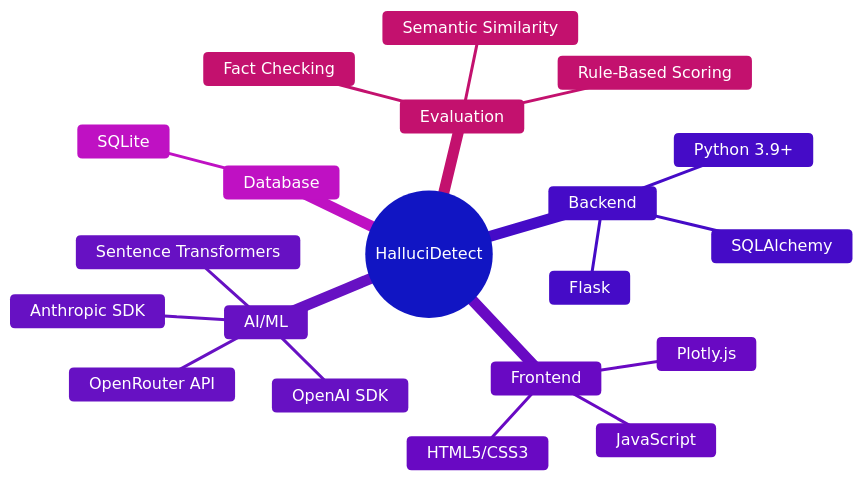
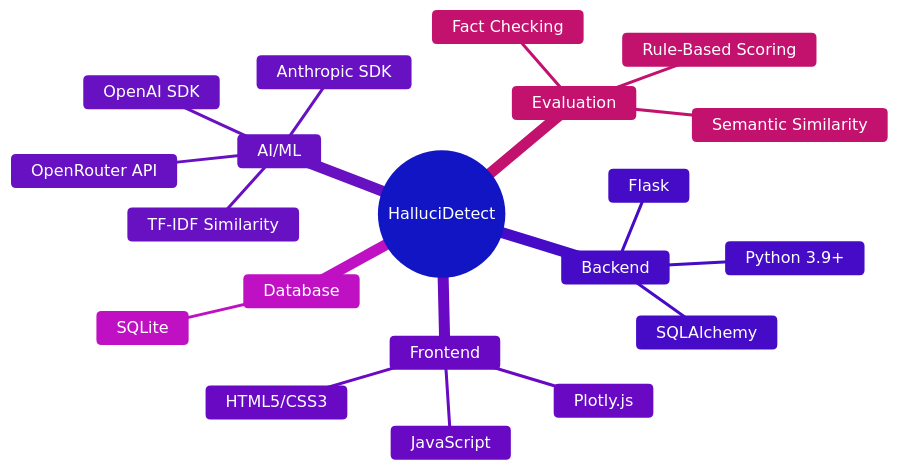
The eighth of 8 diagrams in README.md (rishi02102017/HalluciDetect), drawn with Mermaid before and after one commit. The commit also changed other lines of this file and 1 other file, not shown here.

Commit message:
Fix: Clean up TF-IDF implementation, update README docs

````diff
--- a/README.md
+++ b/README.md
@@ -379,24 +379,24 @@
 ```mermaid
 %%{init: {'theme': 'base', 'themeVariables': { 'primaryColor': '#6366f1', 'primaryTextColor': '#fff', 'primaryBorderColor': '#818cf8', 'secondaryColor': '#8b5cf6', 'secondaryTextColor': '#fff', 'tertiaryColor': '#a855f7', 'tertiaryTextColor': '#fff', 'lineColor': '#94a3b8', 'textColor': '#fff'}}}%%
 mindmap
     root((HalluciDetect))
         Backend
             Flask
             SQLAlchemy
             Python 3.9+
         Frontend
             HTML5/CSS3
             JavaScript
             Plotly.js
         AI/ML
             OpenRouter API
-            Sentence Transformers
+            TF-IDF Similarity
             OpenAI SDK
             Anthropic SDK
         Database
             SQLite
         Evaluation
             Fact Checking
             Semantic Similarity
             Rule-Based Scoring
 ```
````
